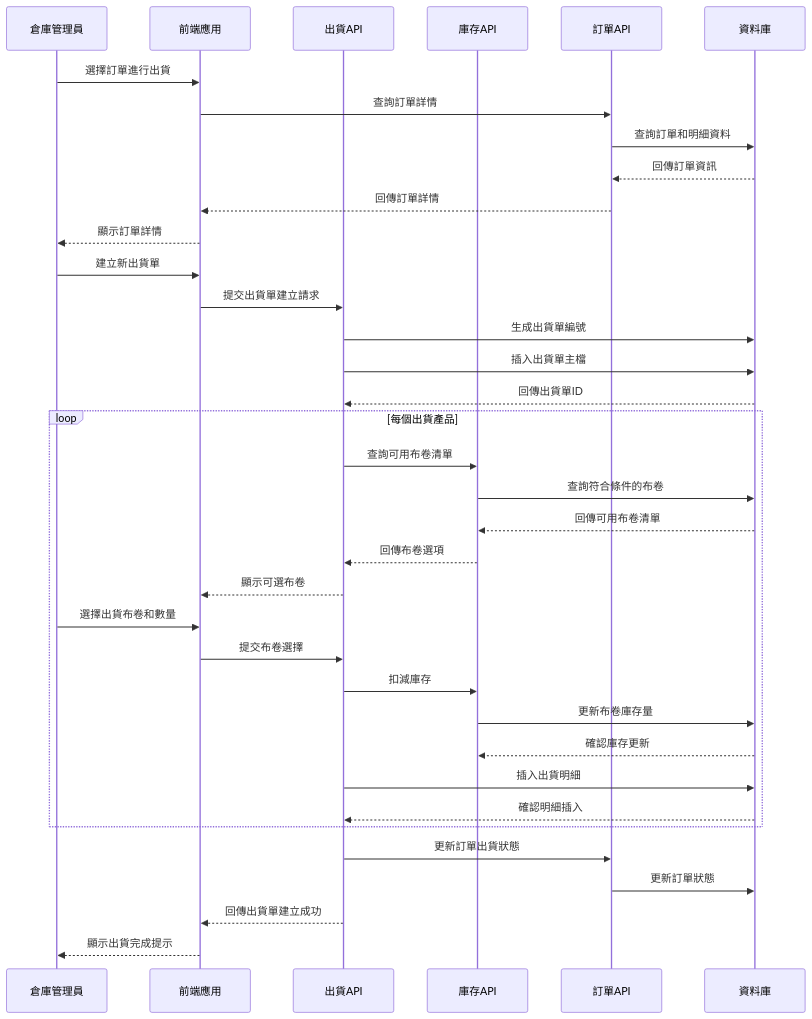
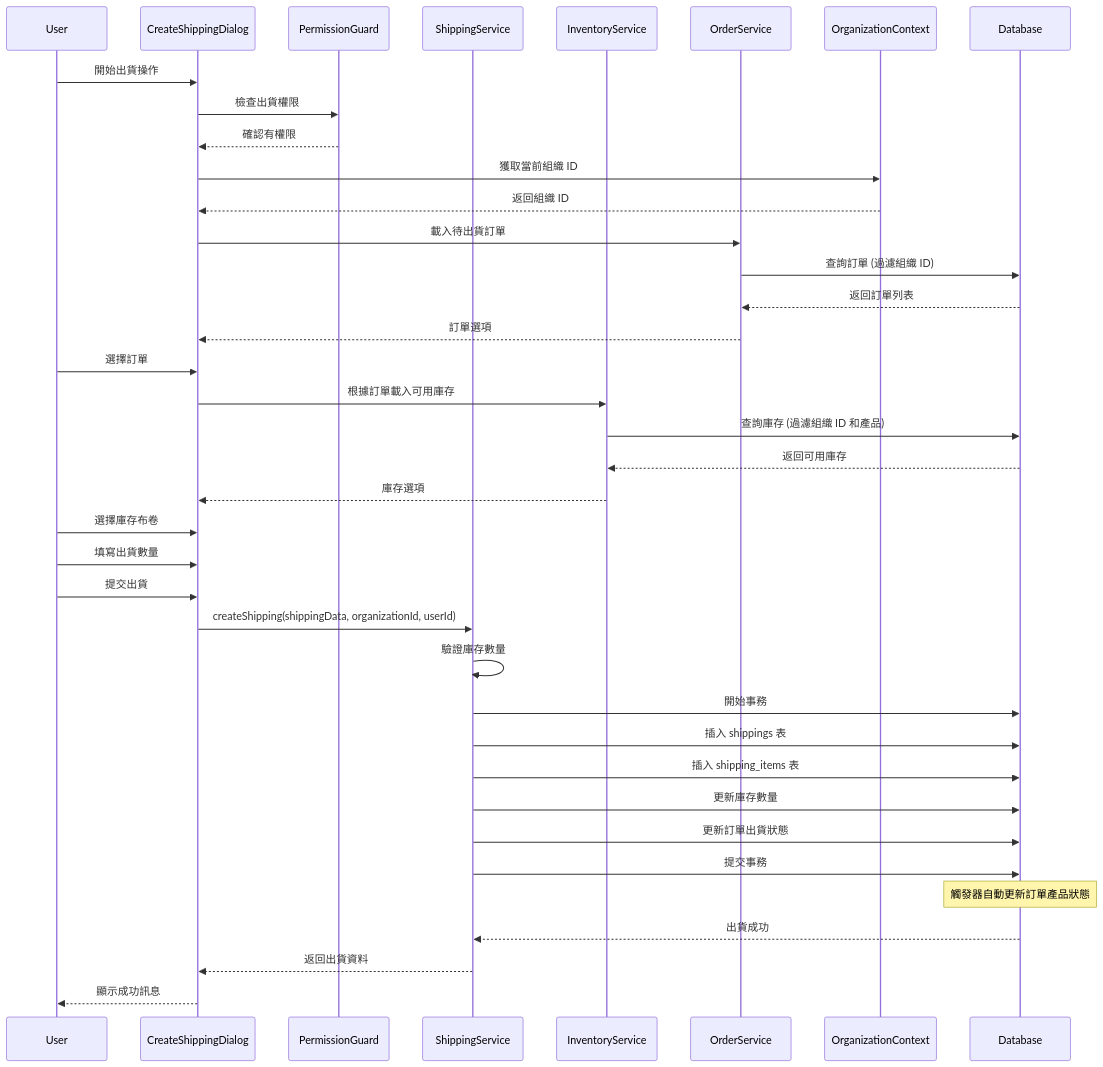
Before and after one commit to quinticechen/qerp-system: diagram 12 of 18 in docs/SEQUENCE_DIAGRAMS.md, drawn with Mermaid. The commit also changed other lines of this file and 9 other files, not shown here.

First line of the commit message:
feat: Enhance organization permission management

````diff
--- a/docs/SEQUENCE_DIAGRAMS.md
+++ b/docs/SEQUENCE_DIAGRAMS.md
@@ -335,42 +400,48 @@
 ```mermaid
 sequenceDiagram
-    participant Warehouse as 倉庫管理員
-    participant Frontend as 前端應用
-    participant ShippingAPI as 出貨API
-    participant InventoryAPI as 庫存API
-    participant OrderAPI as 訂單API
-    participant DB as 資料庫
+    participant U as User
+    participant UI as CreateShippingDialog
+    participant PG as PermissionGuard
+    participant SS as ShippingService
+    participant IS as InventoryService
+    participant OS as OrderService
+    participant OC as OrganizationContext
+    participant DB as Database
 
-    Warehouse->>Frontend: 選擇訂單進行出貨
-    Frontend->>OrderAPI: 查詢訂單詳情
-    OrderAPI->>DB: 查詢訂單和明細資料
-    DB-->>OrderAPI: 回傳訂單資訊
-    OrderAPI-->>Frontend: 回傳訂單詳情
-    Frontend-->>Warehouse: 顯示訂單詳情
+    U->>UI: 開始出貨操作
+    UI->>PG: 檢查出貨權限
+    PG-->>UI: 確認有權限
     
-    Warehouse->>Frontend: 建立新出貨單
-    Frontend->>ShippingAPI: 提交出貨單建立請求
-    ShippingAPI->>DB: 生成出貨單編號
-    ShippingAPI->>DB: 插入出貨單主檔
-    DB-->>ShippingAPI: 回傳出貨單ID
+    UI->>OC: 獲取當前組織 ID
+    OC-->>UI: 返回組織 ID
     
-    loop 每個出貨產品
-        ShippingAPI->>InventoryAPI: 查詢可用布卷清單
-        InventoryAPI->>DB: 查詢符合條件的布卷
-        DB-->>InventoryAPI: 回傳可用布卷清單
-        InventoryAPI-->>ShippingAPI: 回傳布卷選項
-        ShippingAPI-->>Frontend: 顯示可選布卷
-        Warehouse->>Frontend: 選擇出貨布卷和數量
-        Frontend->>ShippingAPI: 提交布卷選擇
-        ShippingAPI->>InventoryAPI: 扣減庫存
-        InventoryAPI->>DB: 更新布卷庫存量
-        DB-->>InventoryAPI: 確認庫存更新
-        ShippingAPI->>DB: 插入出貨明細
-        DB-->>ShippingAPI: 確認明細插入
-    end
+    UI->>OS: 載入待出貨訂單
+    OS->>DB: 查詢訂單 (過濾組織 ID)
+    DB-->>OS: 返回訂單列表
+    OS-->>UI: 訂單選項
     
-    ShippingAPI->>OrderAPI: 更新訂單出貨狀態
-    OrderAPI->>DB: 更新訂單狀態
-    ShippingAPI-->>Frontend: 回傳出貨單建立成功
-    Frontend-->>Warehouse: 顯示出貨完成提示
+    U->>UI: 選擇訂單
+    UI->>IS: 根據訂單載入可用庫存
+    IS->>DB: 查詢庫存 (過濾組織 ID 和產品)
+    DB-->>IS: 返回可用庫存
+    IS-->>UI: 庫存選項
+    
+    U->>UI: 選擇庫存布卷
+    U->>UI: 填寫出貨數量
+    U->>UI: 提交出貨
+    
+    UI->>SS: createShipping(shippingData, organizationId, userId)
+    SS->>SS: 驗證庫存數量
+    SS->>DB: 開始事務
+    SS->>DB: 插入 shippings 表
+    SS->>DB: 插入 shipping_items 表
+    SS->>DB: 更新庫存數量
+    SS->>DB: 更新訂單出貨狀態
+    SS->>DB: 提交事務
+    
+    Note over DB: 觸發器自動更新訂單產品狀態
+    
+    DB-->>SS: 出貨成功
+    SS-->>UI: 返回出貨資料
+    UI-->>U: 顯示成功訊息
 ```
````
